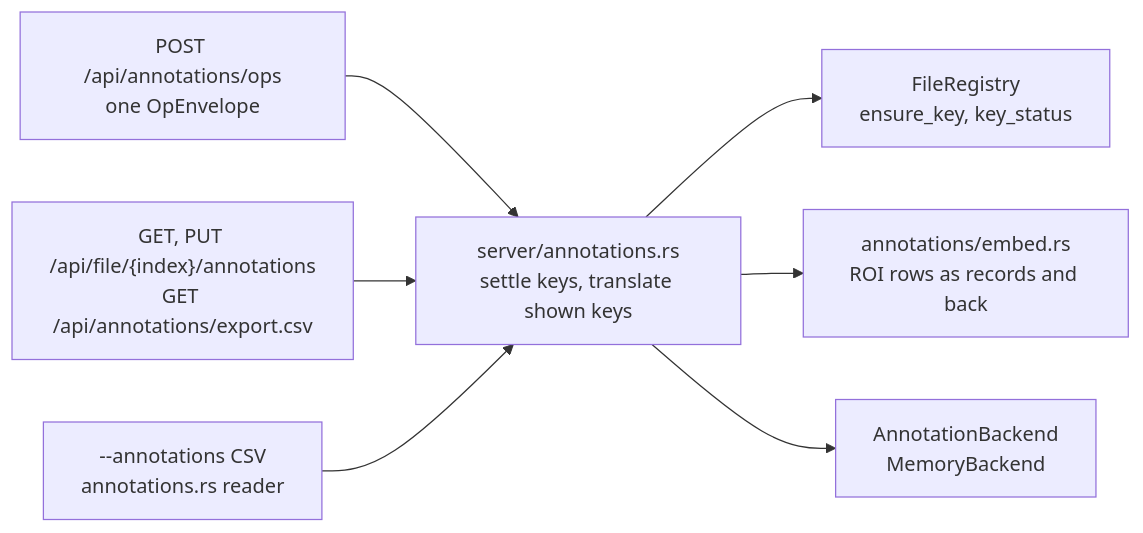
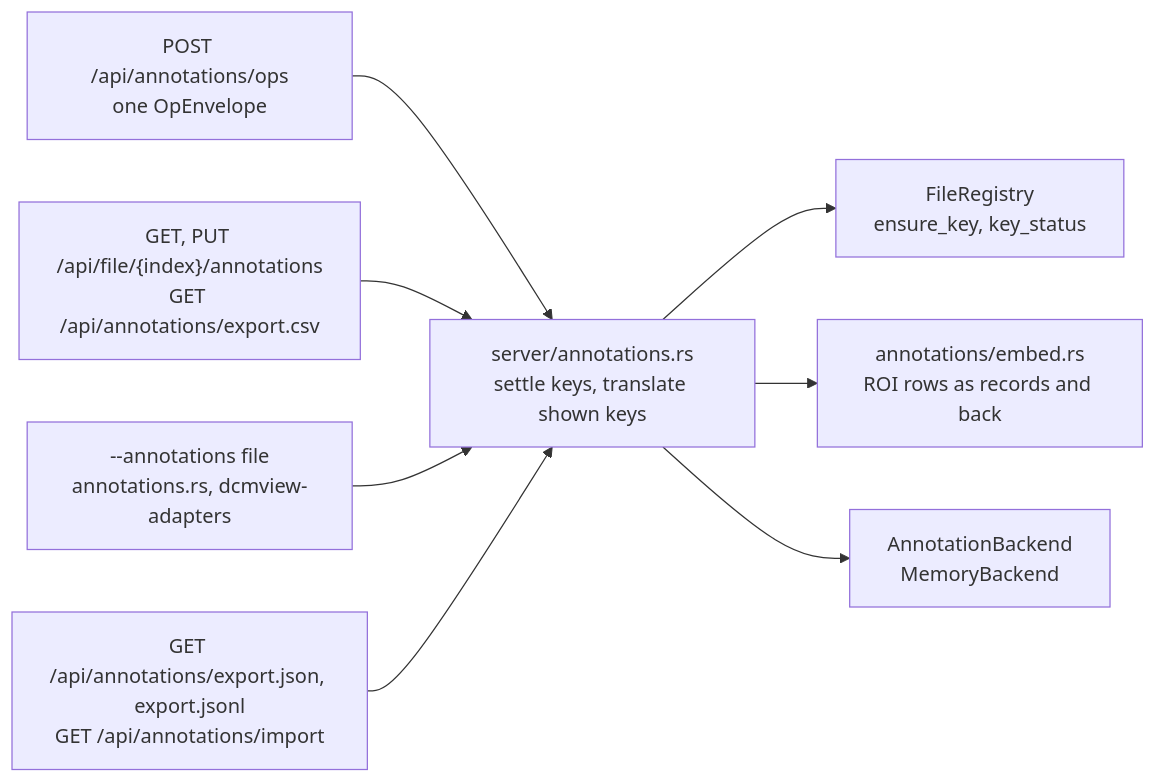
Before and after one commit to dcmview/dcmview: the third of 4 diagrams in docs/architecture.md, drawn with Mermaid. The commit also changed other lines of this file and 3 other files, not shown here.

First line of the commit message:
docs(annotations): describe annotation files and their adapters

````diff
--- a/docs/architecture.md
+++ b/docs/architecture.md
@@ -1741,9 +1743,10 @@
 ```mermaid
 flowchart LR
     ops["POST /api/annotations/ops<br/>one OpEnvelope"] --> service
     embed["GET, PUT /api/file/{index}/annotations<br/>GET /api/annotations/export.csv"] --> service
-    csv["--annotations CSV<br/>annotations.rs reader"] --> service
+    csv["--annotations file<br/>annotations.rs, dcmview-adapters"] --> service
+    documents["GET /api/annotations/export.json, export.jsonl<br/>GET /api/annotations/import"] --> service
     service["server/annotations.rs<br/>settle keys, translate shown keys"] --> registry["FileRegistry<br/>ensure_key, key_status"]
     service --> view["annotations/embed.rs<br/>ROI rows as records and back"]
     service --> backend["AnnotationBackend<br/>MemoryBackend"]
 ```
````
